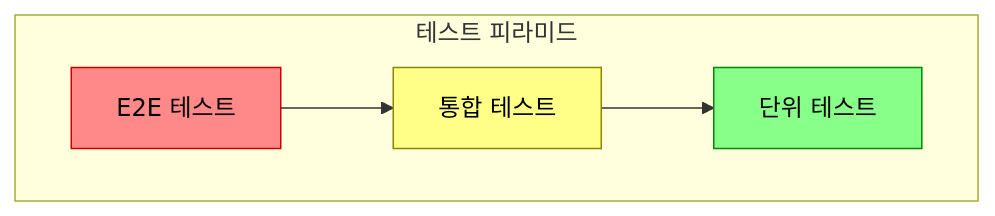
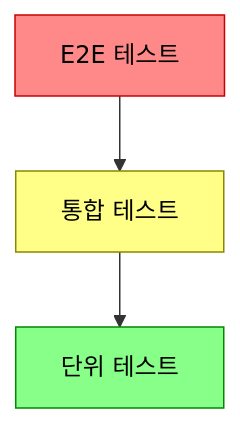
One commit to yjkim2015/yjkim2015.github.io changed the first of 4 diagrams in _posts/test/2026-05-03-integration-testing.md. Above: the diagram before and after it, drawn with Mermaid. The commit also changed 155 other files, not shown here.

First line of the commit message:
Mermaid 전면 수정: subgraph 제거, participant/노드/줄수 축소 (342블록)

````diff
--- a/_posts/test/2026-05-03-integration-testing.md
+++ b/_posts/test/2026-05-03-integration-testing.md
@@ -20,12 +20,8 @@
 ```mermaid
 graph TD
-    subgraph "테스트 피라미드"
-        E2E["E2E 테스트"]
-        INT["통합 테스트"]
-        UNIT["단위 테스트"]
-    end
-    E2E --> INT --> UNIT
+    E2E["E2E 테스트"] --> INT["통합 테스트"]
+    INT --> UNIT["단위 테스트"]
     style E2E fill:#f88,stroke:#c00,color:#000
     style INT fill:#ff8,stroke:#880,color:#000
     style UNIT fill:#8f8,stroke:#080,color:#000
 ```
````
